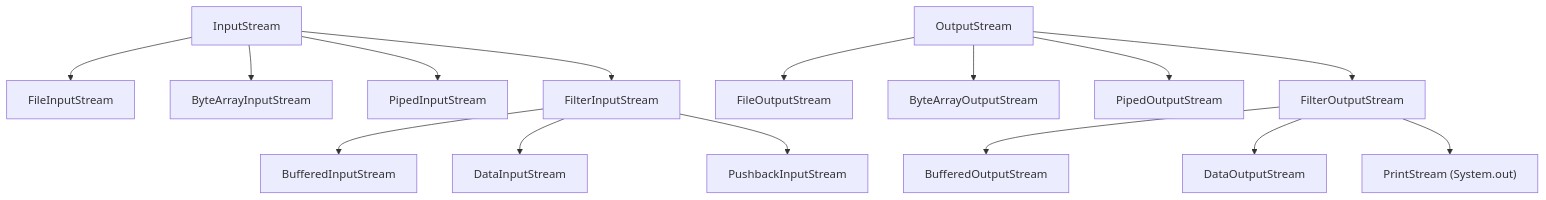
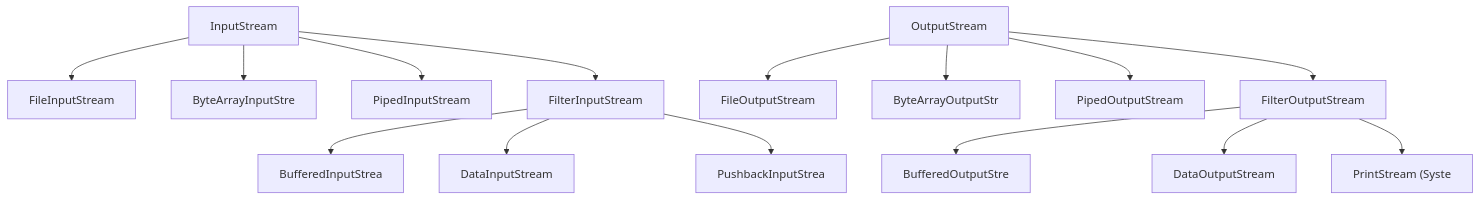
The third of 11 diagrams in _posts/java/2026-05-01-java-io.md (yjkim2015/yjkim2015.github.io), drawn with Mermaid before and after one commit. The commit also changed other lines of this file and 271 other files, not shown here.

First line of the commit message:
Mermaid 라벨 축소: 긴 노드 텍스트 18자 이하로 트림 + \n 제거

````diff
--- a/_posts/java/2026-05-01-java-io.md
+++ b/_posts/java/2026-05-01-java-io.md
@@ -52,7 +52,7 @@
 ```mermaid
 graph TD
-    IS["InputStream"] --> FIS["FileInputStream"] & BAIS["ByteArrayInputStream"] & PIS["PipedInputStream"] & FLIS["FilterInputStream"]
-    FLIS --> BIS["BufferedInputStream"] & DIS["DataInputStream"] & PBIS["PushbackInputStream"]
-    OS["OutputStream"] --> FOS["FileOutputStream"] & BAOS["ByteArrayOutputStream"] & POS["PipedOutputStream"] & FLOS["FilterOutputStream"]
-    FLOS --> BOS["BufferedOutputStream"] & DOS["DataOutputStream"] & PS["PrintStream (System.out)"]
+    IS["InputStream"] --> FIS["FileInputStream"] & BAIS["ByteArrayInputStre"] & PIS["PipedInputStream"] & FLIS["FilterInputStream"]
+    FLIS --> BIS["BufferedInputStrea"] & DIS["DataInputStream"] & PBIS["PushbackInputStrea"]
+    OS["OutputStream"] --> FOS["FileOutputStream"] & BAOS["ByteArrayOutputStr"] & POS["PipedOutputStream"] & FLOS["FilterOutputStream"]
+    FLOS --> BOS["BufferedOutputStre"] & DOS["DataOutputStream"] & PS["PrintStream (Syste"]
 ```
````
